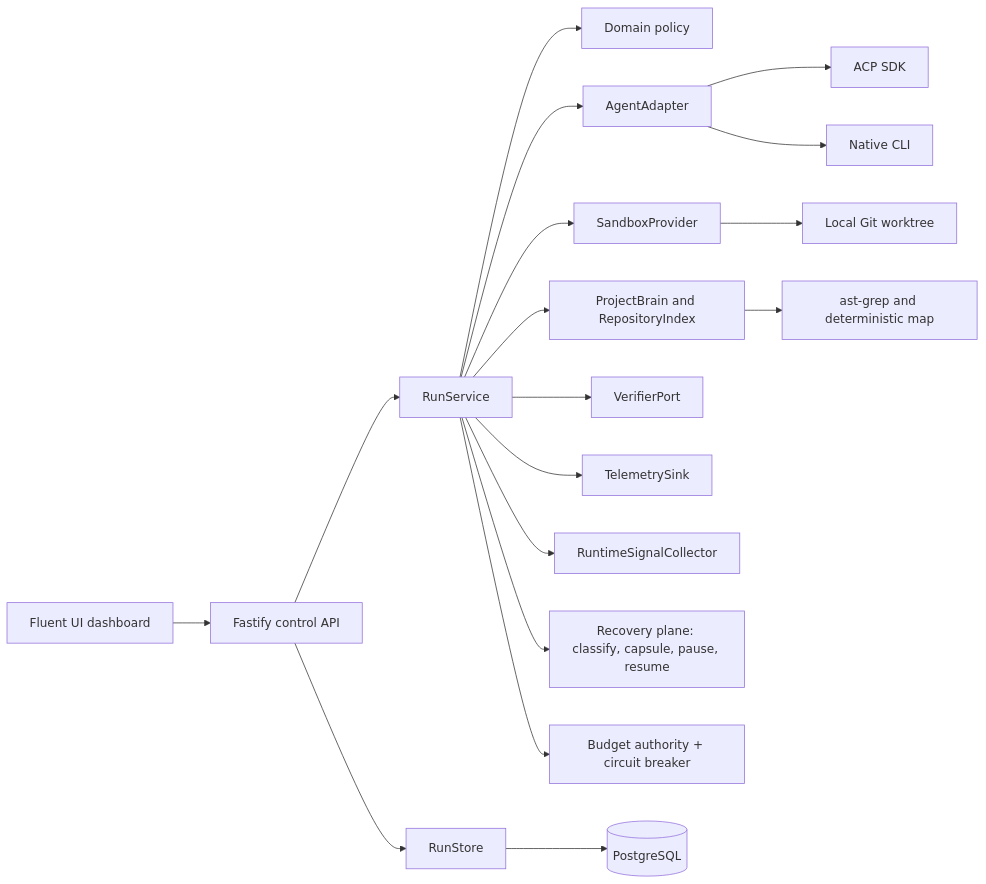
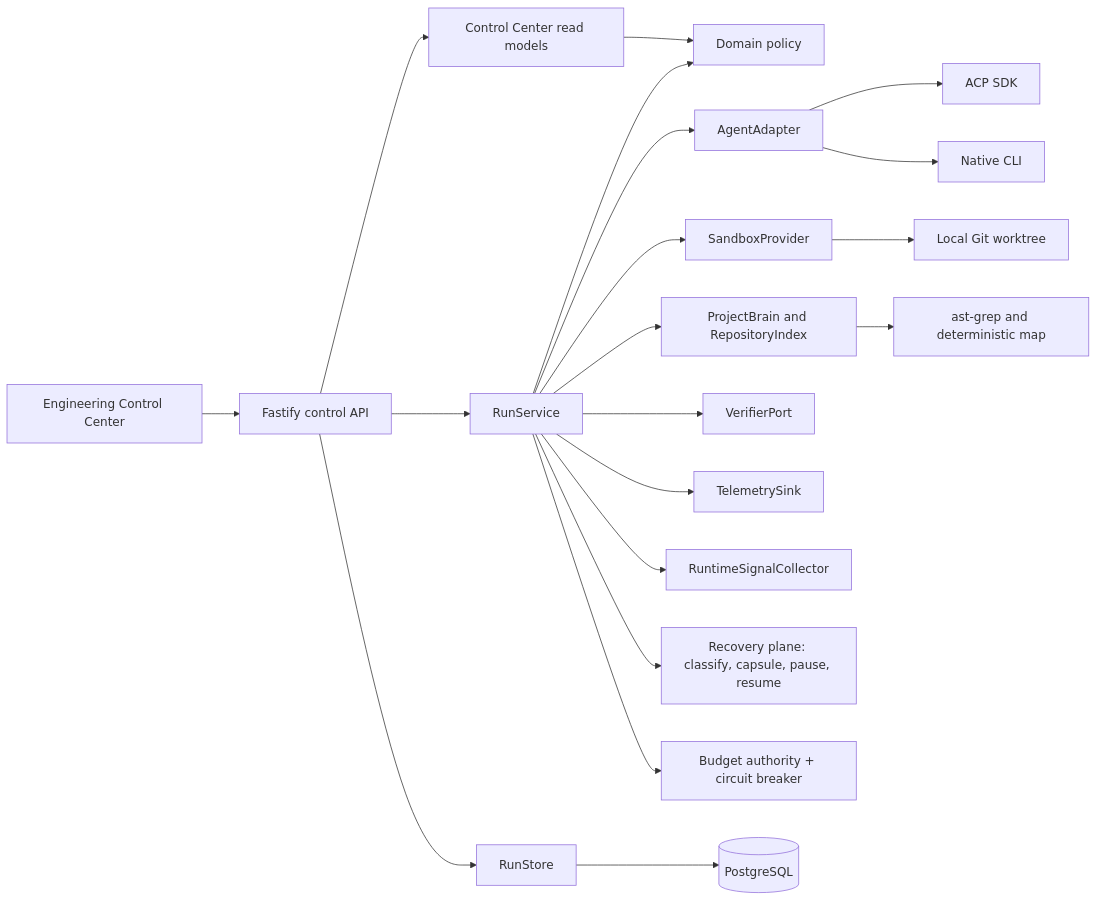
Before and after one commit to Duckz289/MAF: the diagram in ARCHITECTURE.md, drawn with Mermaid. The commit also changed other lines of this file and 178 other files, not shown here.

````diff
--- a/ARCHITECTURE.md
+++ b/ARCHITECTURE.md
@@ -6,20 +6,22 @@
 ```mermaid
 flowchart LR
   API[Fastify control API] --> RUN[RunService]
-  UI[Fluent UI dashboard] --> API
+  UI[Engineering Control Center] --> API
+  API --> READ[Control Center read models]
+  READ --> CORE[Domain policy]
   RUN --> CORE[Domain policy]
   RUN --> AGENT[AgentAdapter]
   RUN --> SANDBOX[SandboxProvider]
   RUN --> BRAIN[ProjectBrain and RepositoryIndex]
   RUN --> VERIFY[VerifierPort]
   RUN --> TELEMETRY[TelemetrySink]
   RUN --> SIGNALS[RuntimeSignalCollector]
   RUN --> RECOVERY[Recovery plane: classify, capsule, pause, resume]
   RUN --> BUDGET[Budget authority + circuit breaker]
   AGENT --> ACP[ACP SDK]
   AGENT --> CLI[Native CLI]
   SANDBOX --> WORKTREE[Local Git worktree]
   BRAIN --> AST[ast-grep and deterministic map]
   API --> STORE[RunStore]
   STORE --> PG[(PostgreSQL)]
 ```
````
